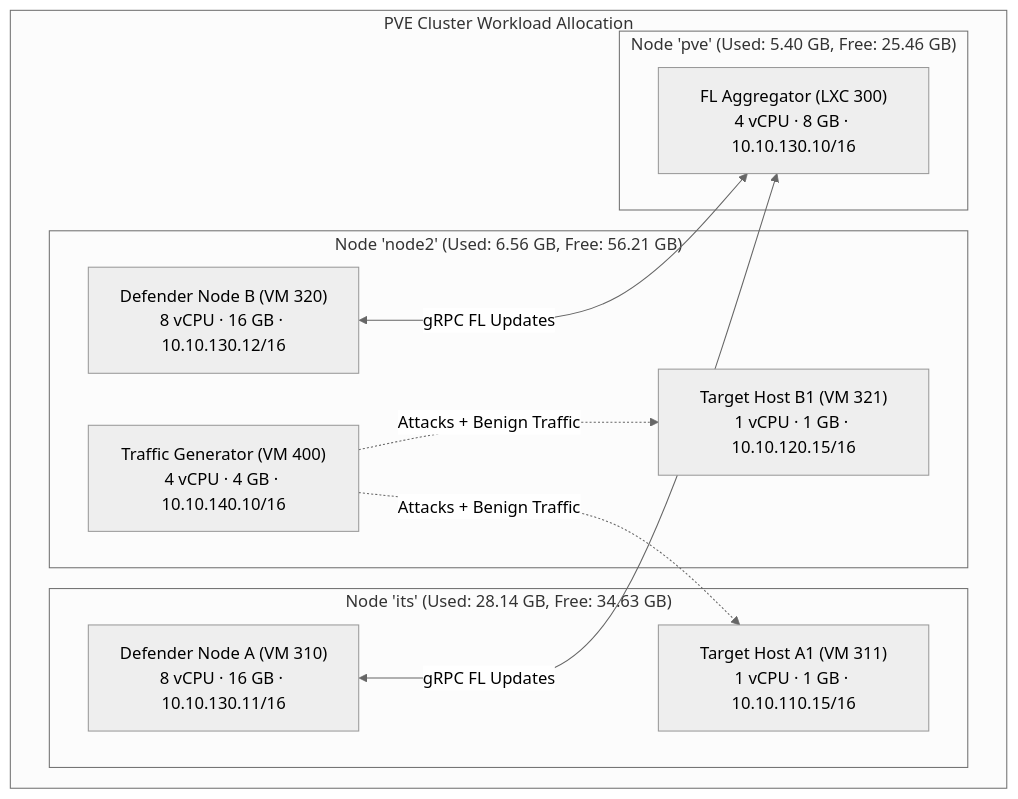
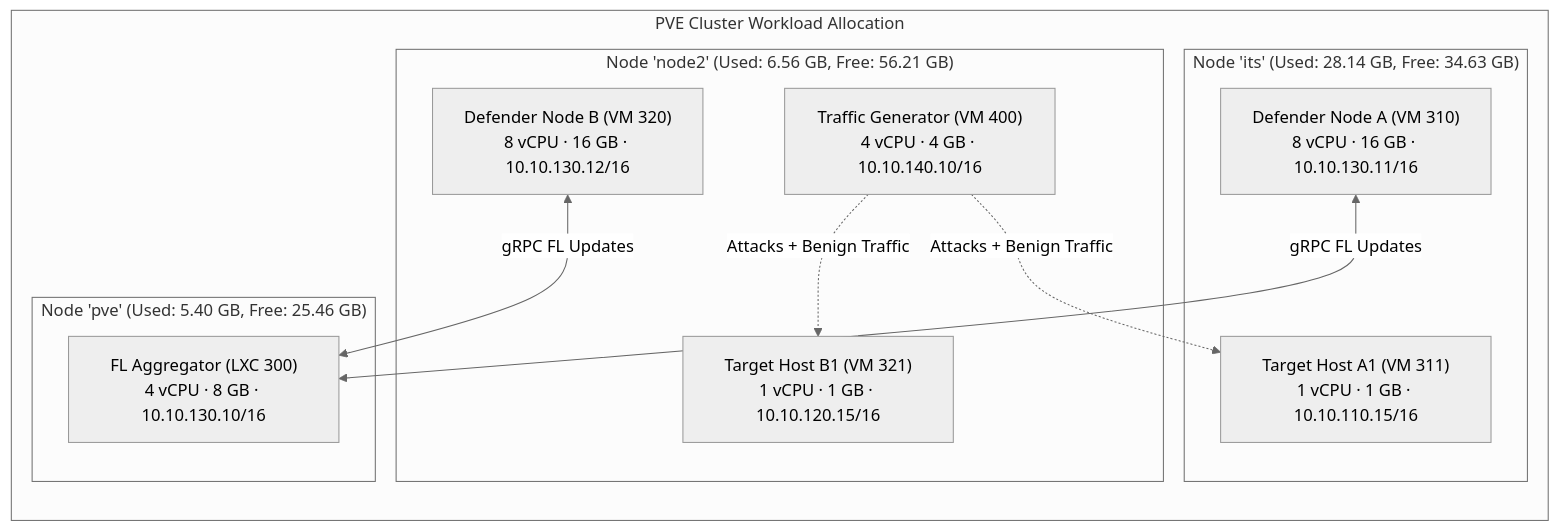
The diagram in docs/07_troubleshooting_and_workarounds.md (rhaffle87/fl-cl), drawn with Mermaid (neutral theme) before and after one commit. The commit also changed 30 other files, not shown here.

Commit message:
feat: implement multi-architecture threat classification models and expand project documentation infrastructure

````diff
--- a/docs/07_troubleshooting_and_workarounds.md
+++ b/docs/07_troubleshooting_and_workarounds.md
@@ -76,23 +76,25 @@
 ```mermaid
-graph TD
- subgraph allocation ["PVE Cluster Workload Allocation"]
- subgraph node_its ["Node 'its' (Used: 28.14 GB, Free: 34.63 GB)"]
- clientA["Defender Node A (VM 310)<br/>8 vCPU · 16 GB · 10.10.130.11/16"]
- targetA["Target Host A1 (VM 311)<br/>1 vCPU · 1 GB · 10.10.110.15/16"]
- end
+flowchart TD
+    subgraph allocation ["PVE Cluster Workload Allocation"]
+        direction TB
+        subgraph node_its ["Node 'its' (Used: 28.14 GB, Free: 34.63 GB)"]
+            clientA["Defender Node A (VM 310)<br/>8 vCPU · 16 GB · 10.10.130.11/16"]
+            targetA["Target Host A1 (VM 311)<br/>1 vCPU · 1 GB · 10.10.110.15/16"]
+        end
 
- subgraph node_node2 ["Node 'node2' (Used: 6.56 GB, Free: 56.21 GB)"]
- clientB["Defender Node B (VM 320)<br/>8 vCPU · 16 GB · 10.10.130.12/16"]
- targetB["Target Host B1 (VM 321)<br/>1 vCPU · 1 GB · 10.10.120.15/16"]
- trafficGen["Traffic Generator (VM 400)<br/>4 vCPU · 4 GB · 10.10.140.10/16"]
- end
+        subgraph node_node2 ["Node 'node2' (Used: 6.56 GB, Free: 56.21 GB)"]
+            clientB["Defender Node B (VM 320)<br/>8 vCPU · 16 GB · 10.10.130.12/16"]
+            targetB["Target Host B1 (VM 321)<br/>1 vCPU · 1 GB · 10.10.120.15/16"]
+            trafficGen["Traffic Generator (VM 400)<br/>4 vCPU · 4 GB · 10.10.140.10/16"]
+        end
 
- subgraph node_pve ["Node 'pve' (Used: 5.40 GB, Free: 25.46 GB)"]
- aggregator["FL Aggregator (LXC 300)<br/>4 vCPU · 8 GB · 10.10.130.10/16"]
- end
- end
- trafficGen -.->|Attacks + Benign Traffic| targetA
- trafficGen -.->|Attacks + Benign Traffic| targetB
- clientA <-->|gRPC FL Updates| aggregator
- clientB <-->|gRPC FL Updates| aggregator
+        subgraph node_pve ["Node 'pve' (Used: 5.40 GB, Free: 25.46 GB)"]
+            aggregator["FL Aggregator (LXC 300)<br/>4 vCPU · 8 GB · 10.10.130.10/16"]
+        end
+    end
+
+    trafficGen -.->|Attacks + Benign Traffic| targetA
+    trafficGen -.->|Attacks + Benign Traffic| targetB
+    clientA <-->|gRPC FL Updates| aggregator
+    clientB <-->|gRPC FL Updates| aggregator
 ```
````
